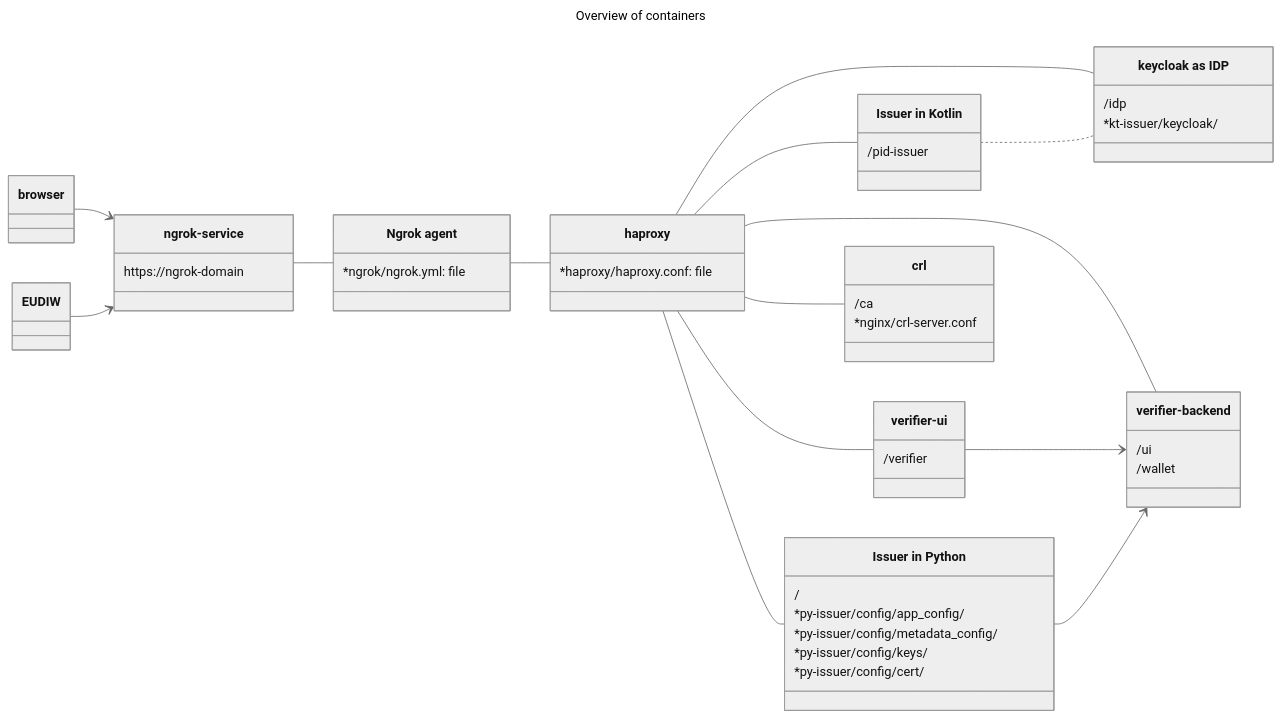
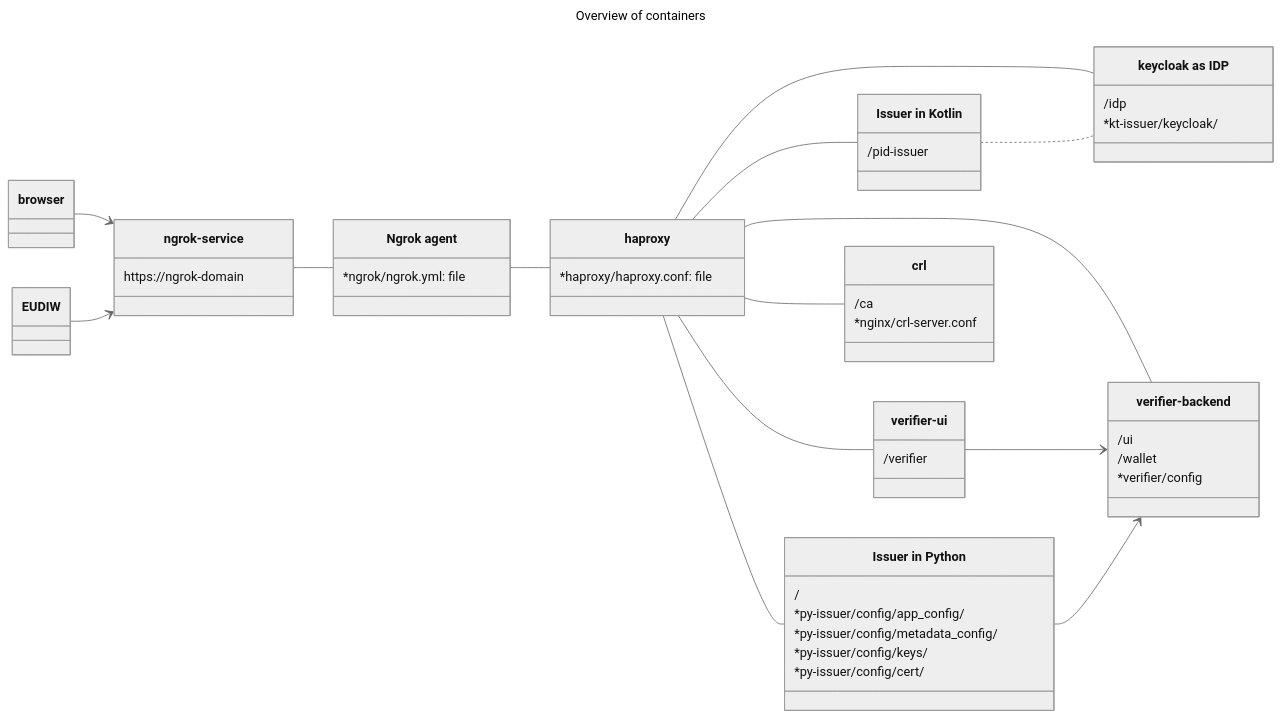
One commit to potential-nl-blsp/eudi-poc-nl changed the diagram in README.md. Above: the diagram before and after it, drawn with Mermaid (neutral theme). The commit also changed other lines of this file and 37 other files, not shown here.

````diff
--- a/README.md
+++ b/README.md
@@ -29,68 +32,69 @@
 ```mermaid
 ---
 title: Overview of containers
 ---
 classDiagram
     direction LR
 
     class browser { }
 
     class EUDIW { }
     
     class ngrok-service { 
         https://ngrok-domain
     }
 
     class ngrok["Ngrok agent"] {  
         *ngrok/ngrok.yml: file
     }
 
     class haproxy { 
         *haproxy/haproxy.conf: file
     }
     
     class verifier-ui { 
         /verifier
     }
  
     class verifier-backend {
         /ui
         /wallet
+        *verifier/config
     }
     
     class py-issuer["Issuer in Python"] { 
         /
         *py-issuer/config/app_config/
         *py-issuer/config/metadata_config/
         *py-issuer/config/keys/
         *py-issuer/config/cert/
     }
     
     class pid-issuer["Issuer in Kotlin"] {
         /pid-issuer
     }
 
     class keycloak["keycloak as IDP"] {
         /idp
         *kt-issuer/keycloak/
     } 
 
     class crl {
         /ca
         *nginx/crl-server.conf
     }
 
     browser --> ngrok-service
     EUDIW --> ngrok-service
     ngrok-service -- ngrok
     ngrok -- haproxy
     haproxy -- pid-issuer
     haproxy -- keycloak
     pid-issuer .. keycloak
     haproxy -- py-issuer
     haproxy -- crl
     haproxy -- verifier-ui
     haproxy -- verifier-backend
     verifier-ui --> verifier-backend
     py-issuer --> verifier-backend
 ```
````
